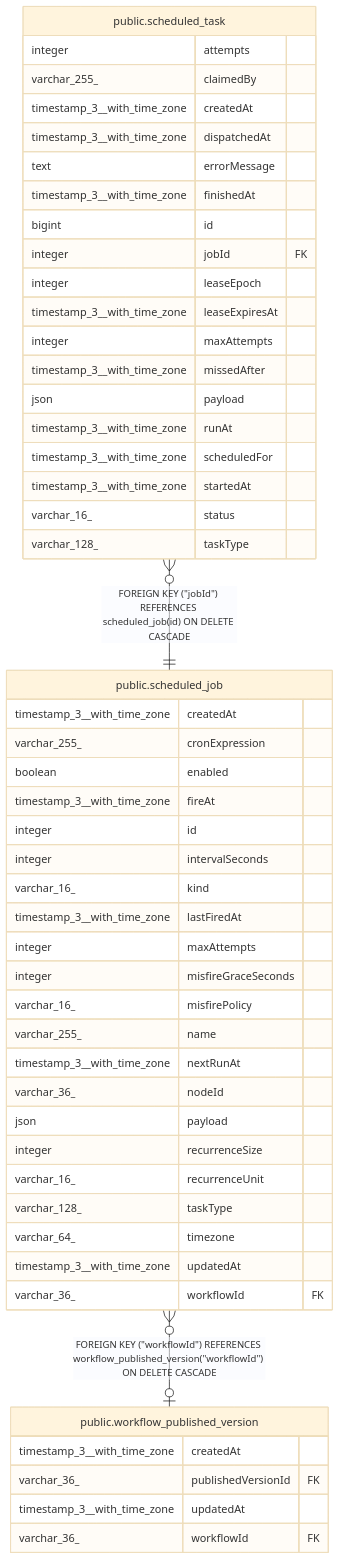
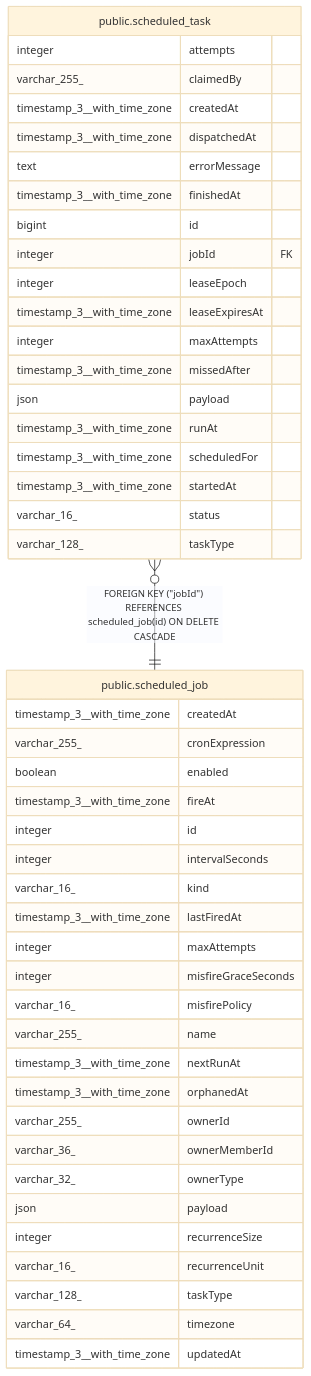
The diagram in docs/generated/postgres-schema/public.scheduled_job.md (RukshanAmodya/Aethera), drawn with Mermaid (base theme) before and after one commit. The commit also changed other lines of this file and 1982 other files, not shown here.

````diff
--- a/docs/generated/postgres-schema/public.scheduled_job.md
+++ b/docs/generated/postgres-schema/public.scheduled_job.md
@@ -67,56 +70,51 @@
 ```mermaid
 erDiagram
 
 "public.scheduled_task" }o--|| "public.scheduled_job" : "FOREIGN KEY (#quot;jobId#quot;) REFERENCES scheduled_job(id) ON DELETE CASCADE"
-"public.scheduled_job" }o--o| "public.workflow_published_version" : "FOREIGN KEY (#quot;workflowId#quot;) REFERENCES workflow_published_version(#quot;workflowId#quot;) ON DELETE CASCADE"
 
 "public.scheduled_job" {
   timestamp_3__with_time_zone createdAt
   varchar_255_ cronExpression
   boolean enabled
   timestamp_3__with_time_zone fireAt
   integer id
   integer intervalSeconds
   varchar_16_ kind
   timestamp_3__with_time_zone lastFiredAt
   integer maxAttempts
   integer misfireGraceSeconds
   varchar_16_ misfirePolicy
   varchar_255_ name
   timestamp_3__with_time_zone nextRunAt
-  varchar_36_ nodeId
+  timestamp_3__with_time_zone orphanedAt
+  varchar_255_ ownerId
+  varchar_36_ ownerMemberId
+  varchar_32_ ownerType
   json payload
   integer recurrenceSize
   varchar_16_ recurrenceUnit
   varchar_128_ taskType
   varchar_64_ timezone
   timestamp_3__with_time_zone updatedAt
-  varchar_36_ workflowId FK
 }
 "public.scheduled_task" {
   integer attempts
   varchar_255_ claimedBy
   timestamp_3__with_time_zone createdAt
   timestamp_3__with_time_zone dispatchedAt
   text errorMessage
   timestamp_3__with_time_zone finishedAt
   bigint id
   integer jobId FK
   integer leaseEpoch
   timestamp_3__with_time_zone leaseExpiresAt
   integer maxAttempts
   timestamp_3__with_time_zone missedAfter
   json payload
   timestamp_3__with_time_zone runAt
   timestamp_3__with_time_zone scheduledFor
   timestamp_3__with_time_zone startedAt
   varchar_16_ status
   varchar_128_ taskType
 }
-"public.workflow_published_version" {
-  timestamp_3__with_time_zone createdAt
-  varchar_36_ publishedVersionId FK
-  timestamp_3__with_time_zone updatedAt
-  varchar_36_ workflowId FK
-}
 ```
````
